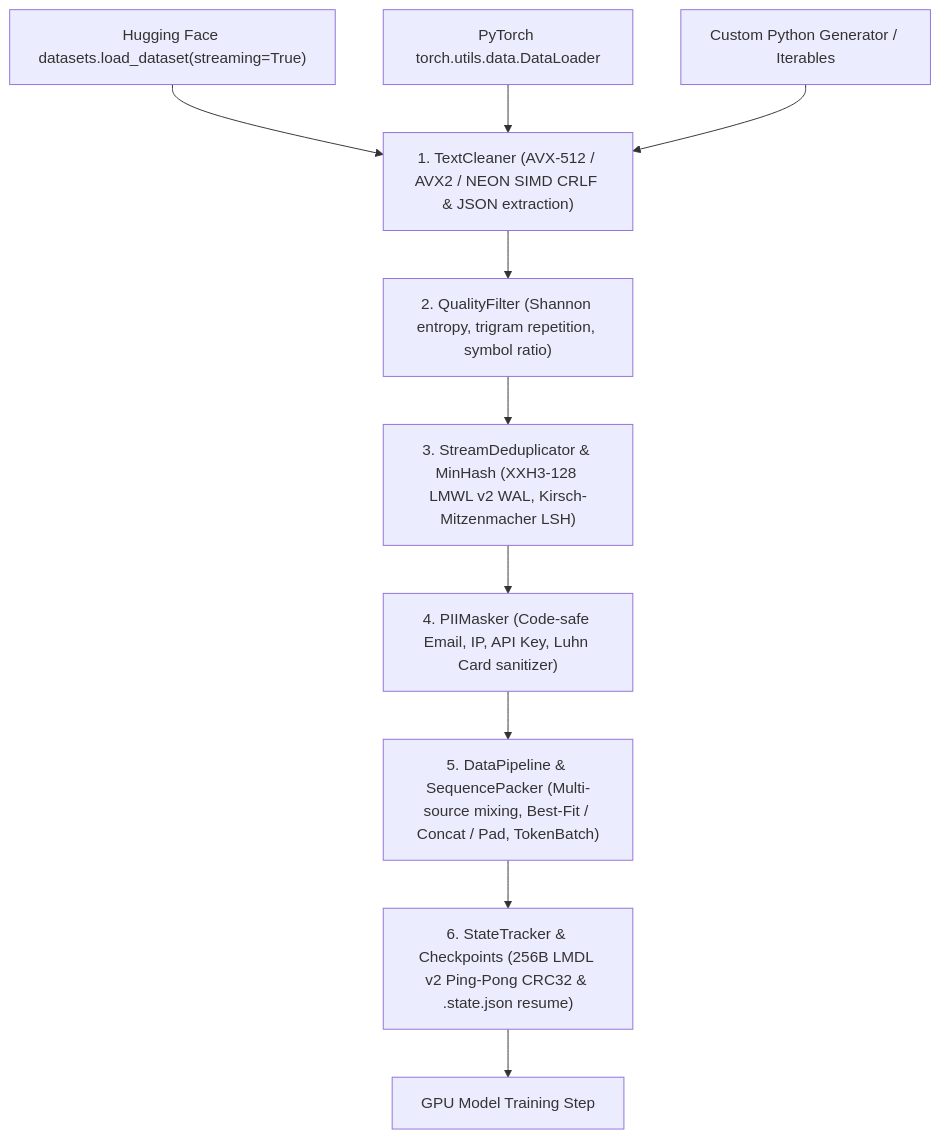
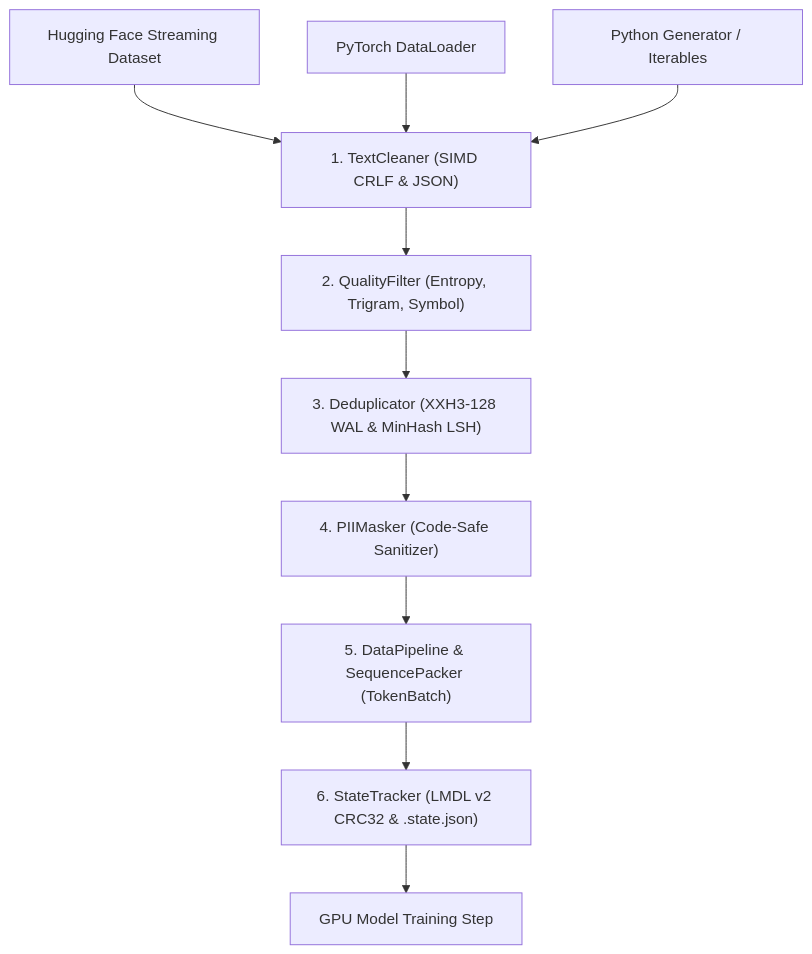
The diagram in data/README.md (cloverx-id/luminamoon), drawn with Mermaid before and after one commit. The commit also changed other lines of this file and 30 other files, not shown here.

````diff
--- a/data/README.md
+++ b/data/README.md
@@ -11,12 +11,12 @@
 ```mermaid
 flowchart TD
-    HF["Hugging Face datasets.load_dataset(streaming=True)"] --> Cleaner
-    Torch["PyTorch torch.utils.data.DataLoader"] --> Cleaner
-    Custom["Custom Python Generator / Iterables"] --> Cleaner
-    Cleaner["1. TextCleaner (AVX-512 / AVX2 / NEON SIMD CRLF & JSON extraction)"] --> Quality["2. QualityFilter (Shannon entropy, trigram repetition, symbol ratio)"]
-    Quality --> Dedup["3. StreamDeduplicator & MinHash (XXH3-128 LMWL v2 WAL, Kirsch-Mitzenmacher LSH)"]
-    Dedup --> Masker["4. PIIMasker (Code-safe Email, IP, API Key, Luhn Card sanitizer)"]
-    Masker --> Packer["5. DataPipeline & SequencePacker (Multi-source mixing, Best-Fit / Concat / Pad, TokenBatch)"]
-    Packer --> Tracker["6. StateTracker & Checkpoints (256B LMDL v2 Ping-Pong CRC32 & .state.json resume)"]
+    HF["Hugging Face Streaming Dataset"] --> Cleaner
+    Torch["PyTorch DataLoader"] --> Cleaner
+    Custom["Python Generator / Iterables"] --> Cleaner
+    Cleaner["1. TextCleaner (SIMD CRLF & JSON)"] --> Quality["2. QualityFilter (Entropy, Trigram, Symbol)"]
+    Quality --> Dedup["3. Deduplicator (XXH3-128 WAL & MinHash LSH)"]
+    Dedup --> Masker["4. PIIMasker (Code-Safe Sanitizer)"]
+    Masker --> Packer["5. DataPipeline & SequencePacker (TokenBatch)"]
+    Packer --> Tracker["6. StateTracker (LMDL v2 CRC32 & .state.json)"]
     Tracker --> Consumer["GPU Model Training Step"]
 ```
````
